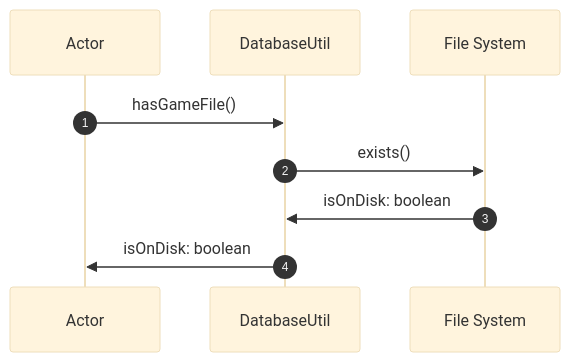
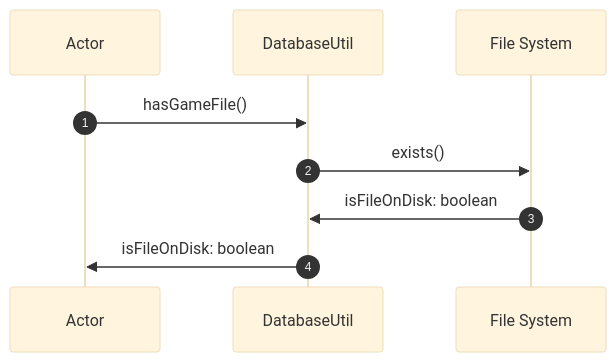
One commit to normal-devs/klicker-knight changed the second of 4 diagrams in docs/architecture/databaseUtil.md. Above: the diagram before and after it, drawn with Mermaid (base theme). The commit also changed other lines of this file and 1 other file, not shown here.

````diff
--- a/docs/architecture/databaseUtil.md
+++ b/docs/architecture/databaseUtil.md
@@ -29,12 +34,12 @@
 ```mermaid
 sequenceDiagram
   autonumber
   participant A as Actor
   participant D as DatabaseUtil
   participant F as File System
 
   A ->> D: hasGameFile()
   D ->> F: exists()
-  F ->> D: isOnDisk: boolean
-  D ->> A: isOnDisk: boolean
+  F ->> D: isFileOnDisk: boolean
+  D ->> A: isFileOnDisk: boolean
 ```
````
